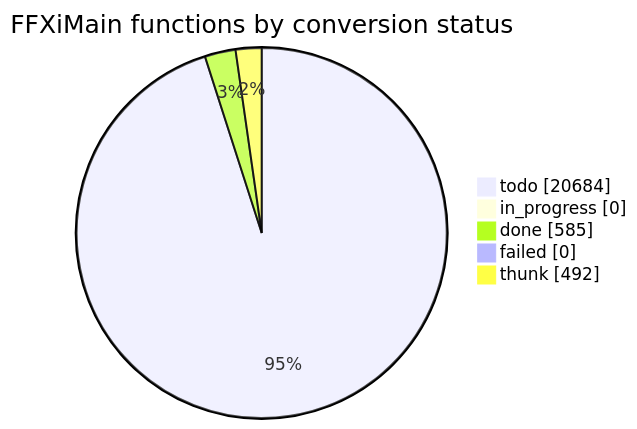
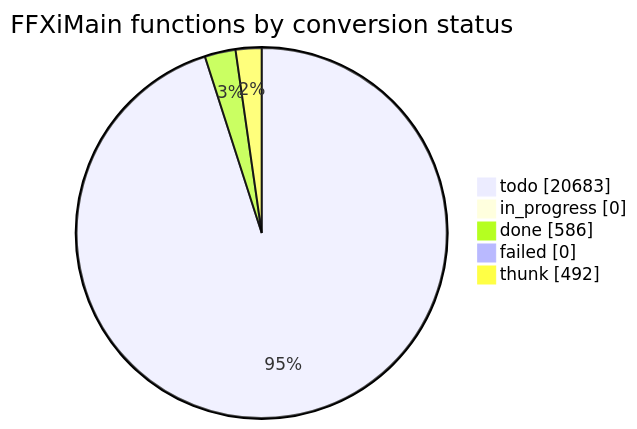
One commit to cowrevenge/cow_kuluu_xi_anything changed the diagram in docs/cow/STATUS.md. Above: the diagram before and after it, drawn with Mermaid. The commit also changed other lines of this file and 9 other files, not shown here.

````diff
--- a/docs/cow/STATUS.md
+++ b/docs/cow/STATUS.md
@@ -18,9 +18,9 @@
 ```mermaid
 pie showData
     title FFXiMain functions by conversion status
-    "todo" : 20684
+    "todo" : 20683
     "in_progress" : 0
-    "done" : 585
+    "done" : 586
     "failed" : 0
     "thunk" : 492
 ```
````
